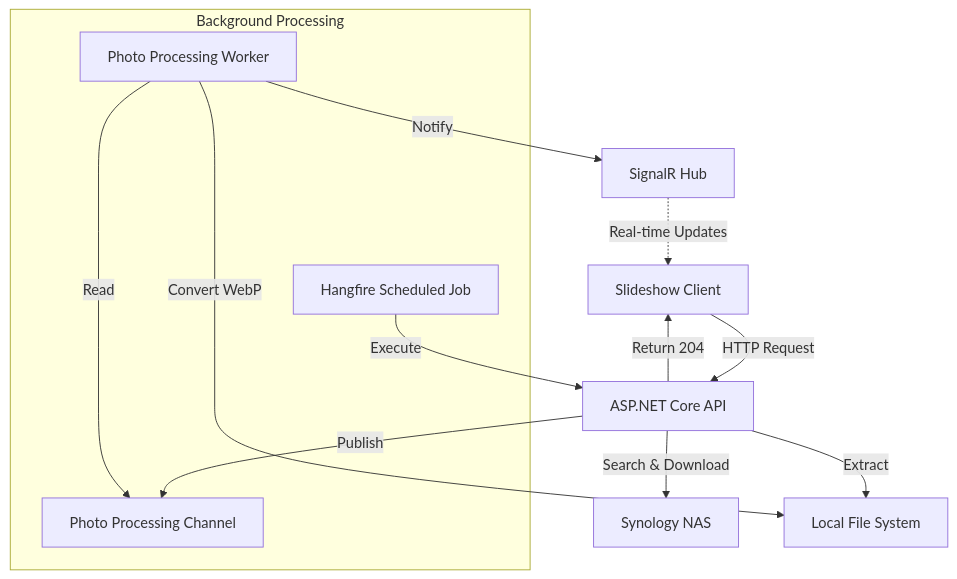
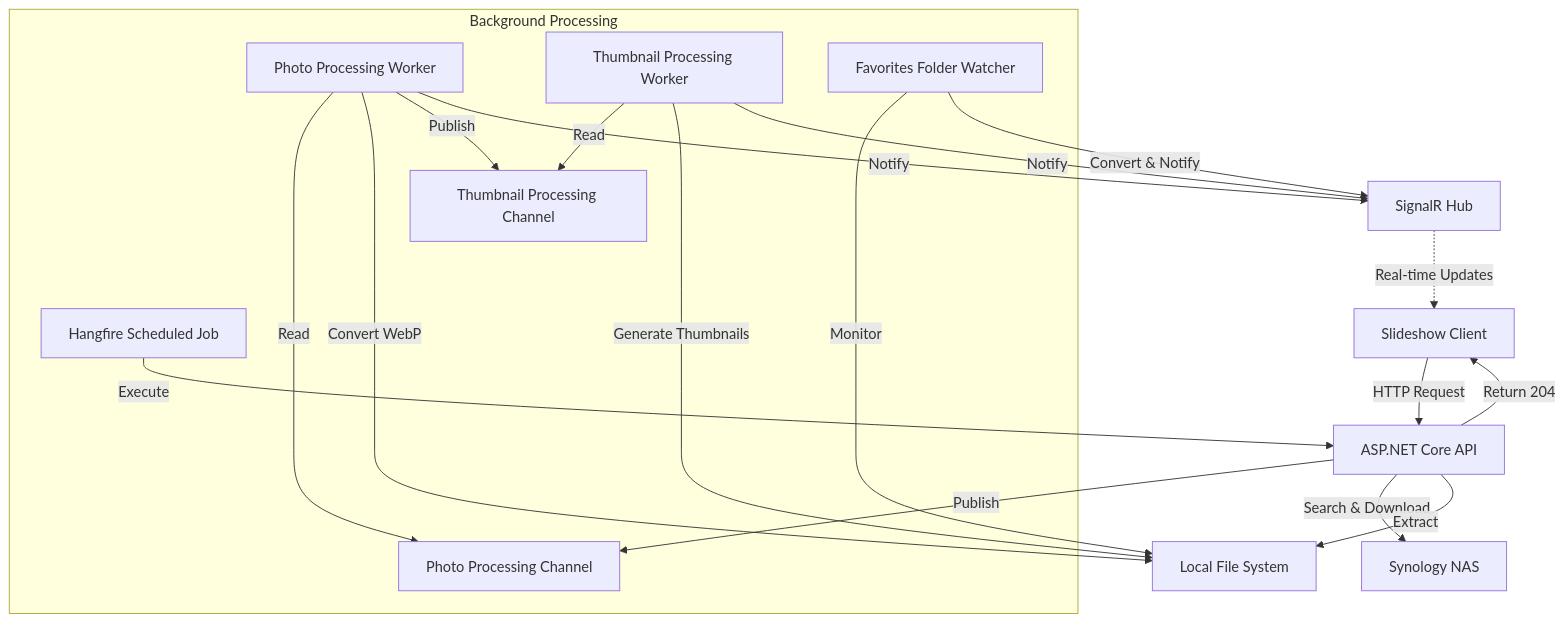
One commit to esausilva/synology-photos-slideshow-api changed the diagram in INSTRUCTIONS.md. Above: the diagram before and after it, drawn with Mermaid. The commit also changed other lines of this file, not shown here.

Commit message:
Update INSTRUCTIONS with new background workers and configuration
- Document `FavoritesFolderWatcherWorker`, `ThumbnailProcessingWorker`, and their roles in INSTRUCTIONS.md.
- Add `FavoritesWatcherOptions` to appsettings configuration overview.
- Highlight conditional mocking and `DEBUG` mode mock behavior for geolocation service.
- Update background services section to include directory monitoring and debounced processing logic.

````diff
--- a/INSTRUCTIONS.md
+++ b/INSTRUCTIONS.md
@@ -48,27 +48,38 @@
 ```mermaid
 graph TD
     Client[Slideshow Client]
     API[ASP.NET Core API]
     NAS[Synology NAS]
     FS[Local File System]
     SignalR[SignalR Hub]
     
     subgraph Background Processing
         PhotoChannel[Photo Processing Channel]
+        ThumbChannel[Thumbnail Processing Channel]
         PhotoWorker[Photo Processing Worker]
+        ThumbWorker[Thumbnail Processing Worker]
+        FavWorker[Favorites Folder Watcher]
         Hangfire[Hangfire Scheduled Job]
     end
 
     Client -->|HTTP Request| API
     API -->|Search & Download| NAS
     API -->|Extract| FS
     API -->|Publish| PhotoChannel
     API -->|Return 204| Client
 
+    FavWorker -->|Monitor| FS
+    FavWorker -->|Convert & Notify| SignalR
+
     PhotoWorker -->|Read| PhotoChannel
     PhotoWorker -->|Convert WebP| FS
+    PhotoWorker -->|Publish| ThumbChannel
     PhotoWorker -->|Notify| SignalR
+
+    ThumbWorker -->|Read| ThumbChannel
+    ThumbWorker -->|Generate Thumbnails| FS
+    ThumbWorker -->|Notify| SignalR
 
     Hangfire -->|Execute| API
     SignalR -.->|Real-time Updates| Client
 ```
````
